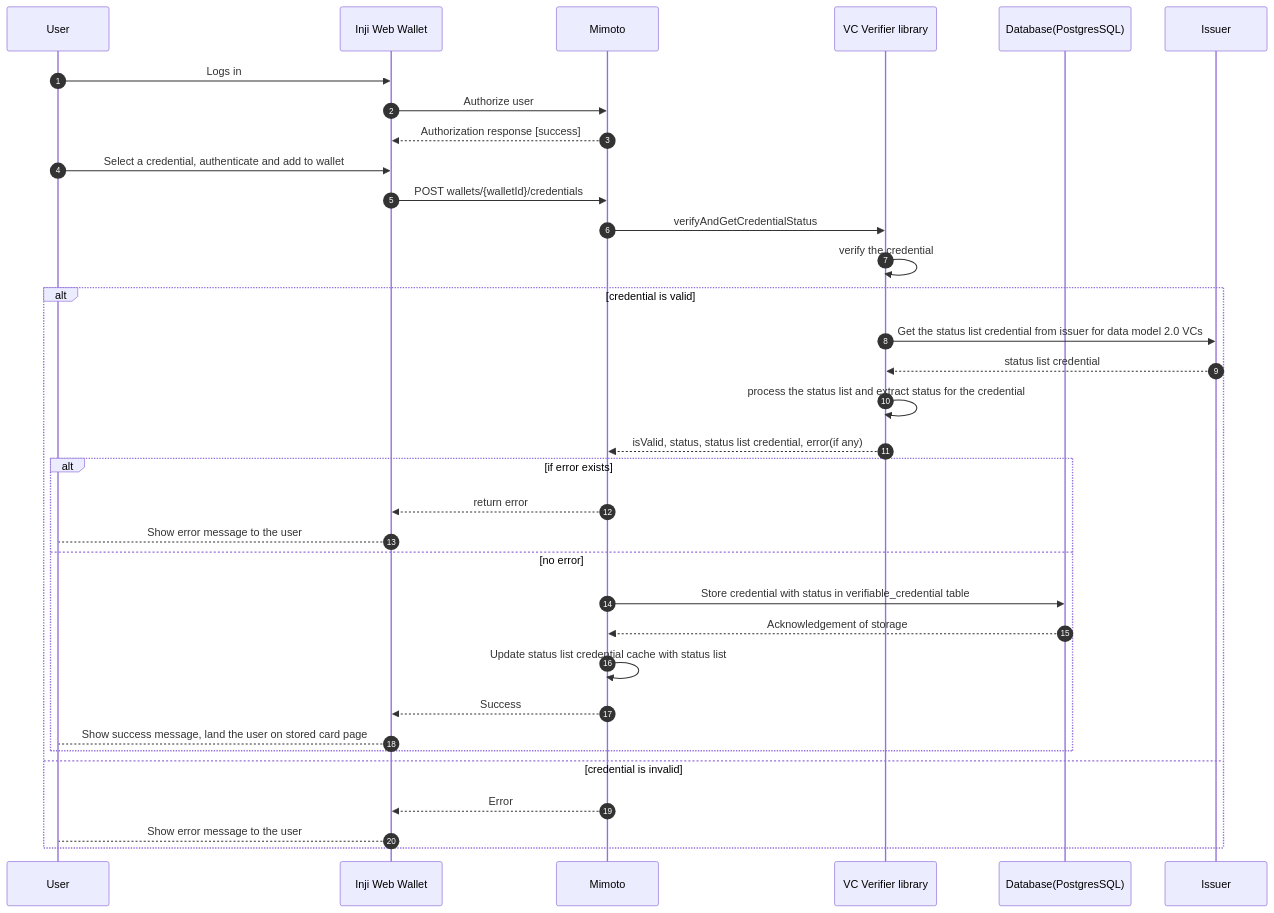
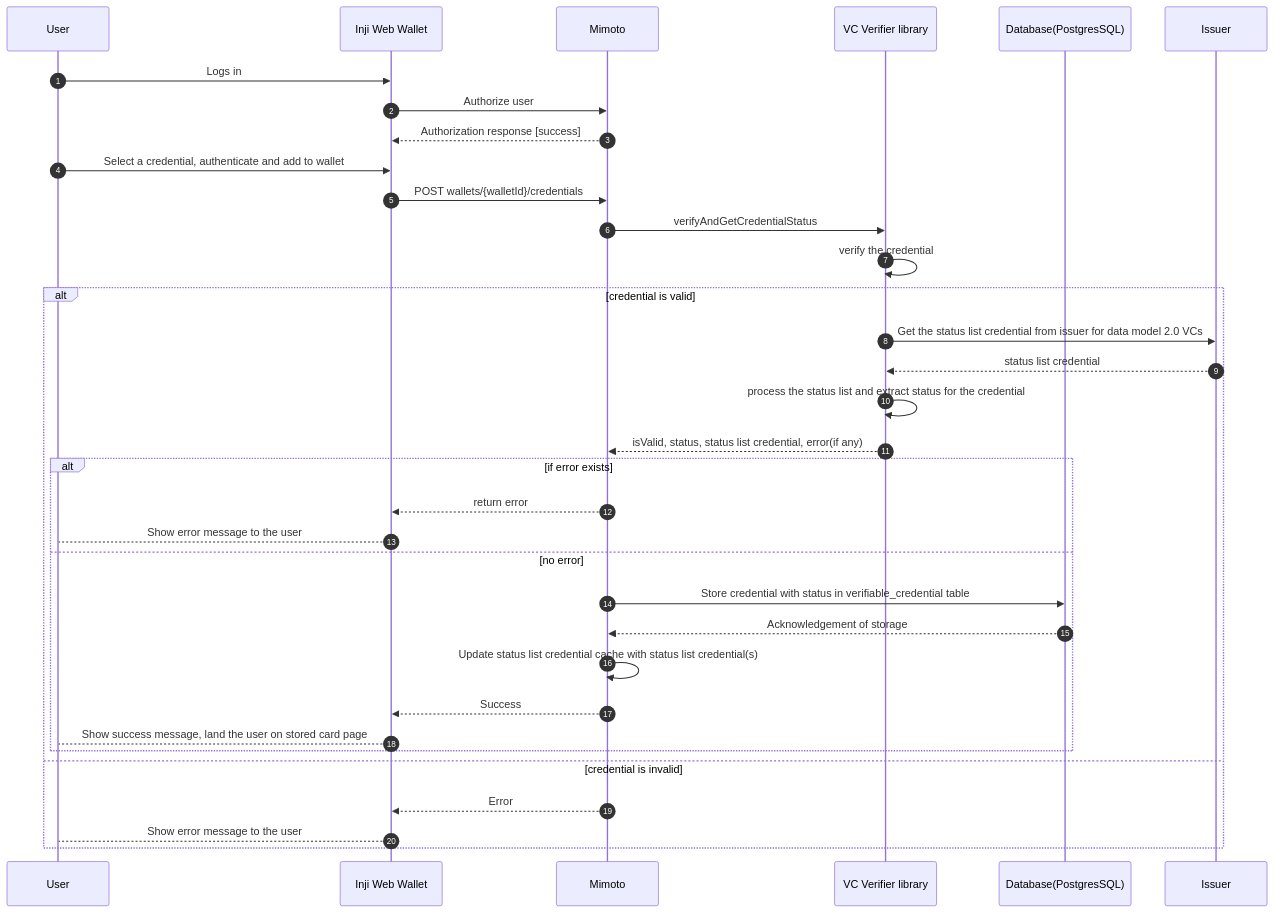
Before and after one commit to inji/mimoto: the third of 3 diagrams in docs/VCStatusCheckDesign.md, drawn with Mermaid. The commit also changed other lines of this file, not shown here.

Commit message:
[INJIWEB-1793] Remove cache check from check card status flow

````diff
--- a/docs/VCStatusCheckDesign.md
+++ b/docs/VCStatusCheckDesign.md
@@ -131,36 +122,36 @@
 ```mermaid
 sequenceDiagram
     autonumber
     participant User
     participant InjiWeb as Inji Web Wallet
     participant Mimoto
     participant VCVerifier as VC Verifier library
     participant Database as Database(PostgresSQL)
     participant Issuer
     User->>InjiWeb: Logs in
     InjiWeb->>Mimoto: Authorize user
     Mimoto-->> InjiWeb: Authorization response [success]
     User->>InjiWeb: Select a credential, authenticate and add to wallet
     InjiWeb->>Mimoto: POST wallets/{walletId}/credentials
     Mimoto->>VCVerifier: verifyAndGetCredentialStatus
     VCVerifier->>VCVerifier: verify the credential
     alt credential is valid
         VCVerifier->>Issuer: Get the status list credential from issuer for data model 2.0 VCs
         Issuer-->>VCVerifier: status list credential
         VCVerifier->>VCVerifier: process the status list and extract status for the credential
         VCVerifier-->>Mimoto: isValid, status, status list credential, error(if any)
         alt if error exists 
             Mimoto-->>InjiWeb: return error
             InjiWeb-->User: Show error message to the user
         else no error
             Mimoto->>Database: Store credential with status in verifiable_credential table
             Database-->>Mimoto: Acknowledgement of storage
-            Mimoto->>Mimoto: Update status list credential cache with status list
+            Mimoto->>Mimoto: Update status list credential cache with status list credential(s)
             Mimoto-->>InjiWeb: Success
             InjiWeb-->User: Show success message, land the user on stored card page
         end
     else credential is invalid
         Mimoto-->>InjiWeb: Error
         InjiWeb-->User: Show error message to the user
     end
 ```
````
